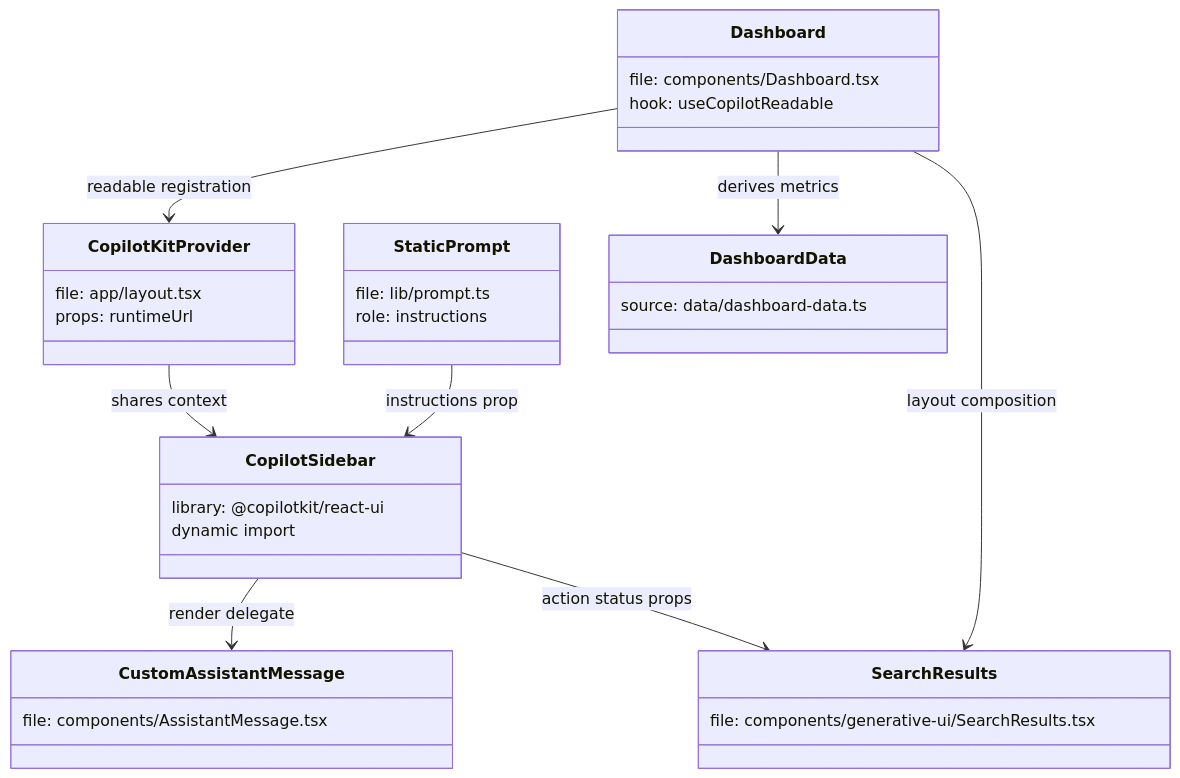
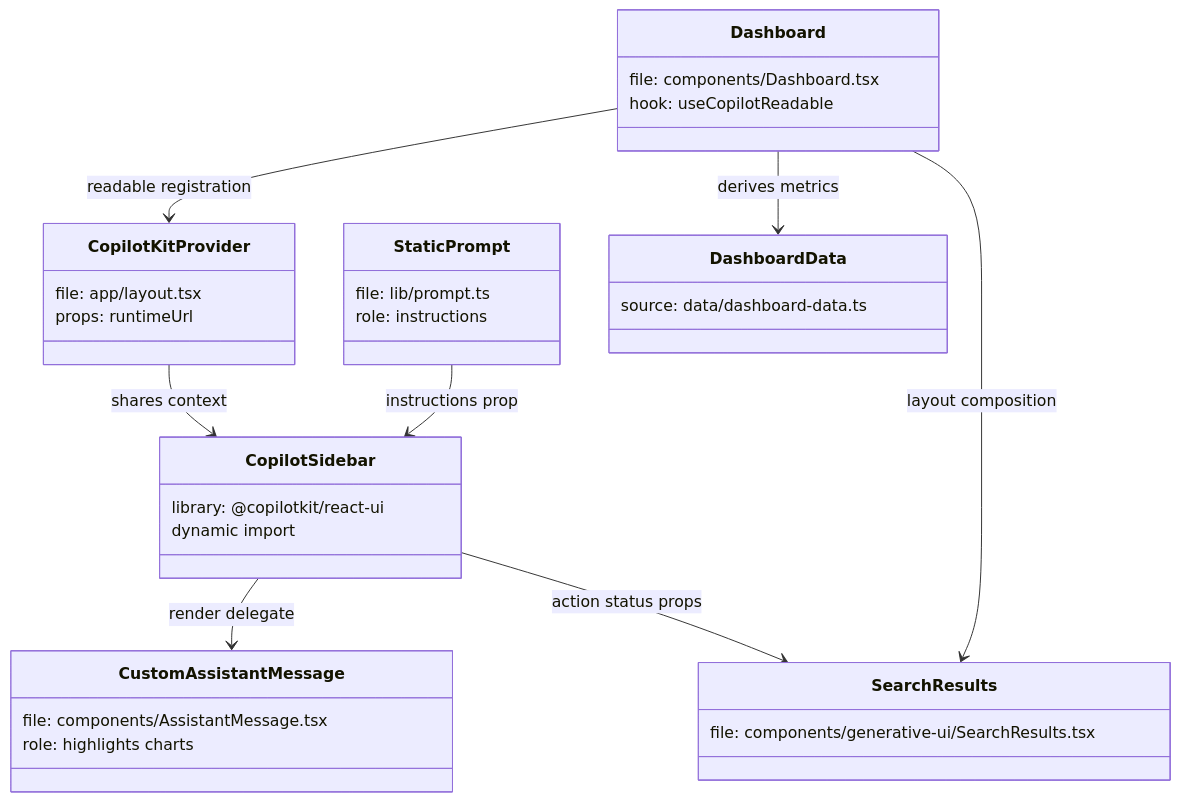
Before and after one commit to chris-han/CopilotKit: the first of 5 diagrams in examples/copilot-chat-with-your-data/architecture.md, drawn with Mermaid. The commit also changed other lines of this file and 4 other files, not shown here.

First line of the commit message:
feat(ui): enhance chart highlight and assistant prompt handling

````diff
--- a/examples/copilot-chat-with-your-data/architecture.md
+++ b/examples/copilot-chat-with-your-data/architecture.md
@@ -25,36 +25,37 @@
 ```mermaid
 classDiagram
     class CopilotKitProvider {
         file: app/layout.tsx
         props: runtimeUrl
     }
     class CopilotSidebar {
         library: @copilotkit/react-ui
         dynamic import
     }
     class StaticPrompt {
         file: lib/prompt.ts
         role: instructions
     }
     class CustomAssistantMessage {
         file: components/AssistantMessage.tsx
+        role: highlights charts
     }
     class Dashboard {
         file: components/Dashboard.tsx
         hook: useCopilotReadable
     }
     class SearchResults {
         file: components/generative-ui/SearchResults.tsx
     }
     class DashboardData {
         source: data/dashboard-data.ts
     }
 
     CopilotKitProvider --> CopilotSidebar : shares context
     StaticPrompt --> CopilotSidebar : instructions prop
     CopilotSidebar --> CustomAssistantMessage : render delegate
     CopilotSidebar --> SearchResults : action status props
     Dashboard --> CopilotKitProvider : readable registration
     Dashboard --> DashboardData : derives metrics
     Dashboard --> SearchResults : layout composition
 ```
````
